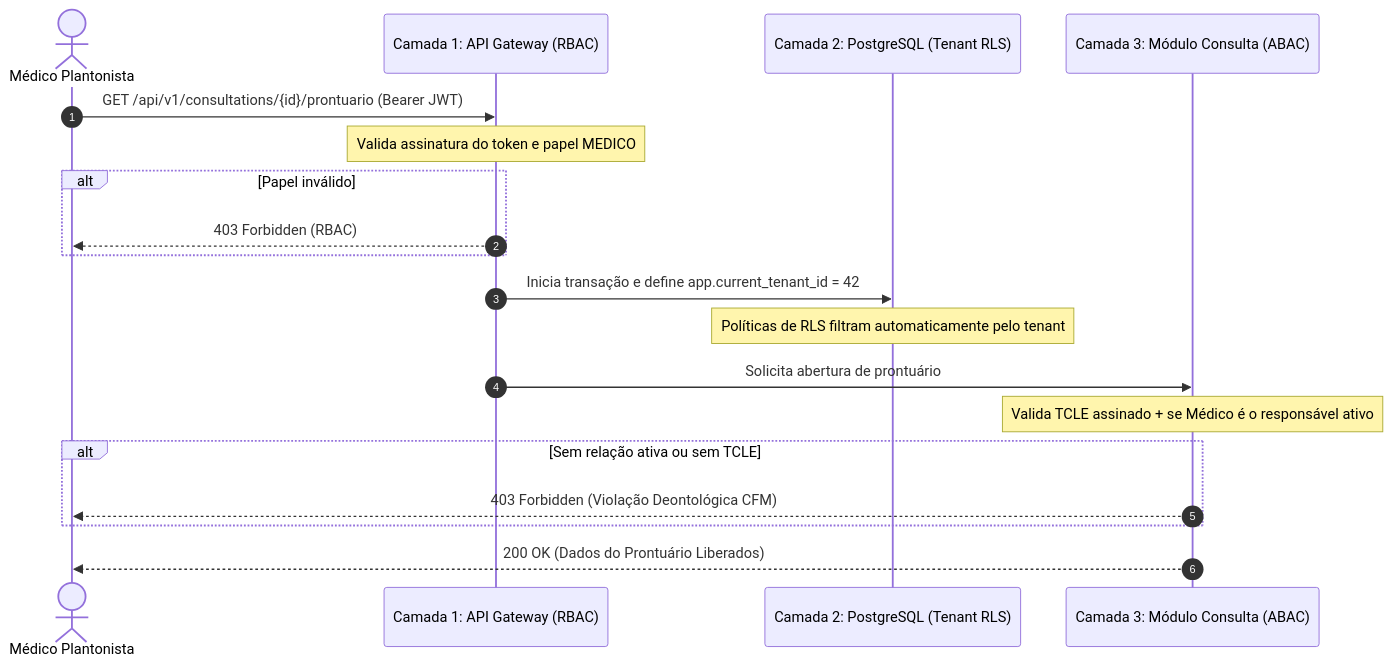
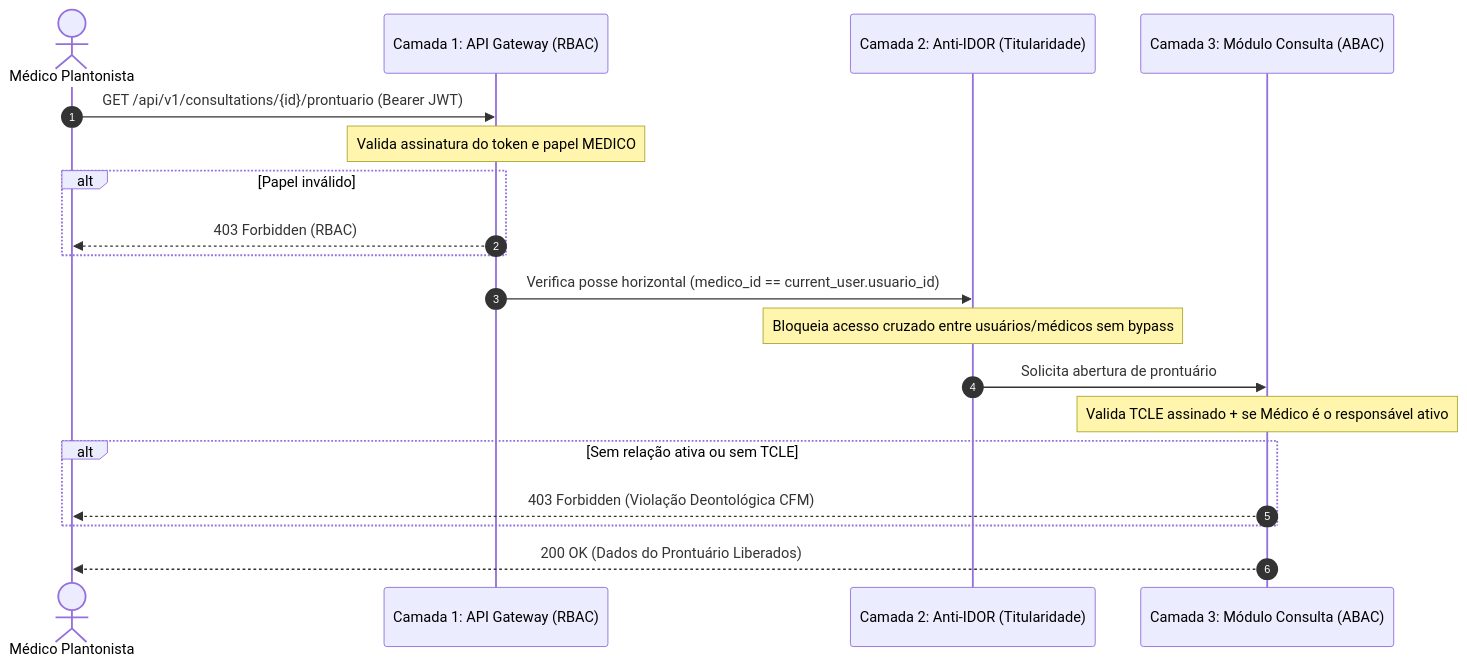
Before and after one commit to Rafaelp122/medisync: the second of 3 diagrams in docs/explanation/architecture/security-and-authorization.md, drawn with Mermaid. The commit also changed other lines of this file and 400 other files, not shown here.

First line of the commit message:
refactor!: simplificar arquitetura para plataforma única sem multi-tenancy e RLS

````diff
--- a/docs/explanation/architecture/security-and-authorization.md
+++ b/docs/explanation/architecture/security-and-authorization.md
@@ -74,25 +74,25 @@
 ```mermaid
 sequenceDiagram
     autonumber
     actor Med as Médico Plantonista
     participant API as Camada 1: API Gateway (RBAC)
-    participant DB as Camada 2: PostgreSQL (Tenant RLS)
+    participant IDOR as Camada 2: Anti-IDOR (Titularidade)
     participant Mod as Camada 3: Módulo Consulta (ABAC)
 
     Med->>API: GET /api/v1/consultations/{id}/prontuario (Bearer JWT)
     Note over API: Valida assinatura do token e papel MEDICO
     alt Papel inválido
         API-->>Med: 403 Forbidden (RBAC)
     end
 
-    API->>DB: Inicia transação e define app.current_tenant_id = 42
-    Note over DB: Políticas de RLS filtram automaticamente pelo tenant
+    API->>IDOR: Verifica posse horizontal (medico_id == current_user.usuario_id)
+    Note over IDOR: Bloqueia acesso cruzado entre usuários/médicos sem bypass
 
-    API->>Mod: Solicita abertura de prontuário
+    IDOR->>Mod: Solicita abertura de prontuário
     Note over Mod: Valida TCLE assinado + se Médico é o responsável ativo
     alt Sem relação ativa ou sem TCLE
         Mod-->>Med: 403 Forbidden (Violação Deontológica CFM)
     end
 
     Mod-->>Med: 200 OK (Dados do Prontuário Liberados)
 ```
````
